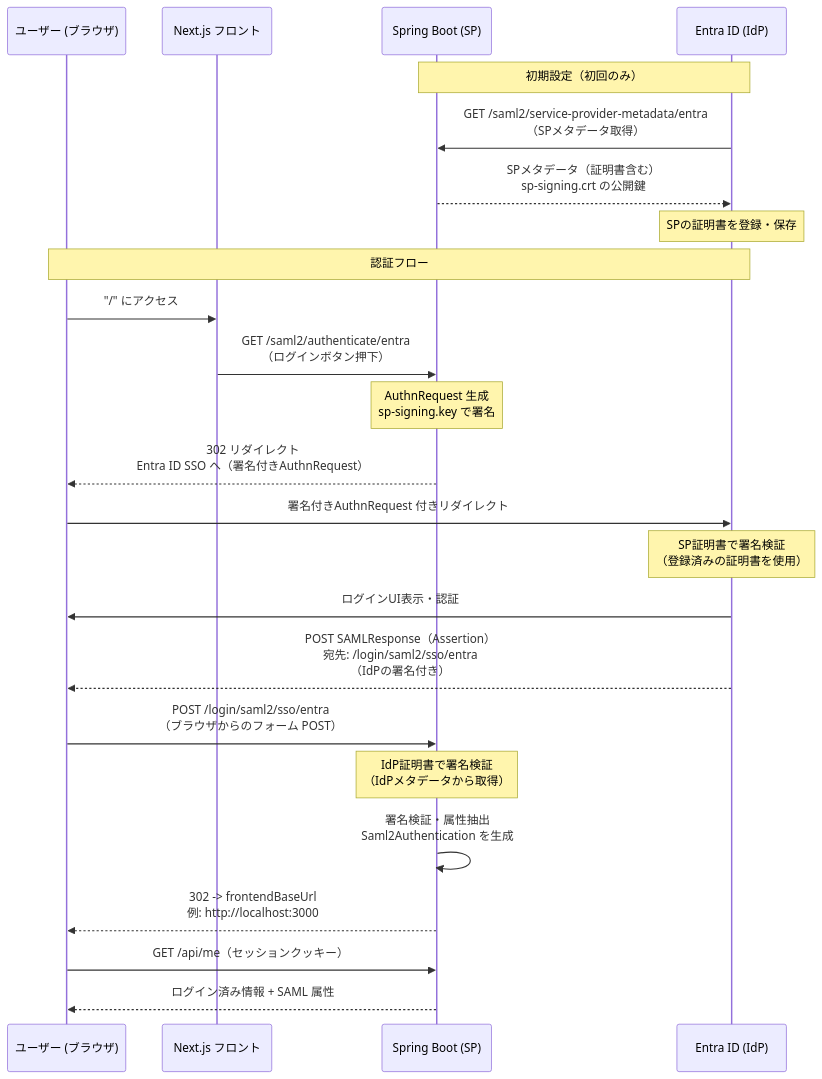
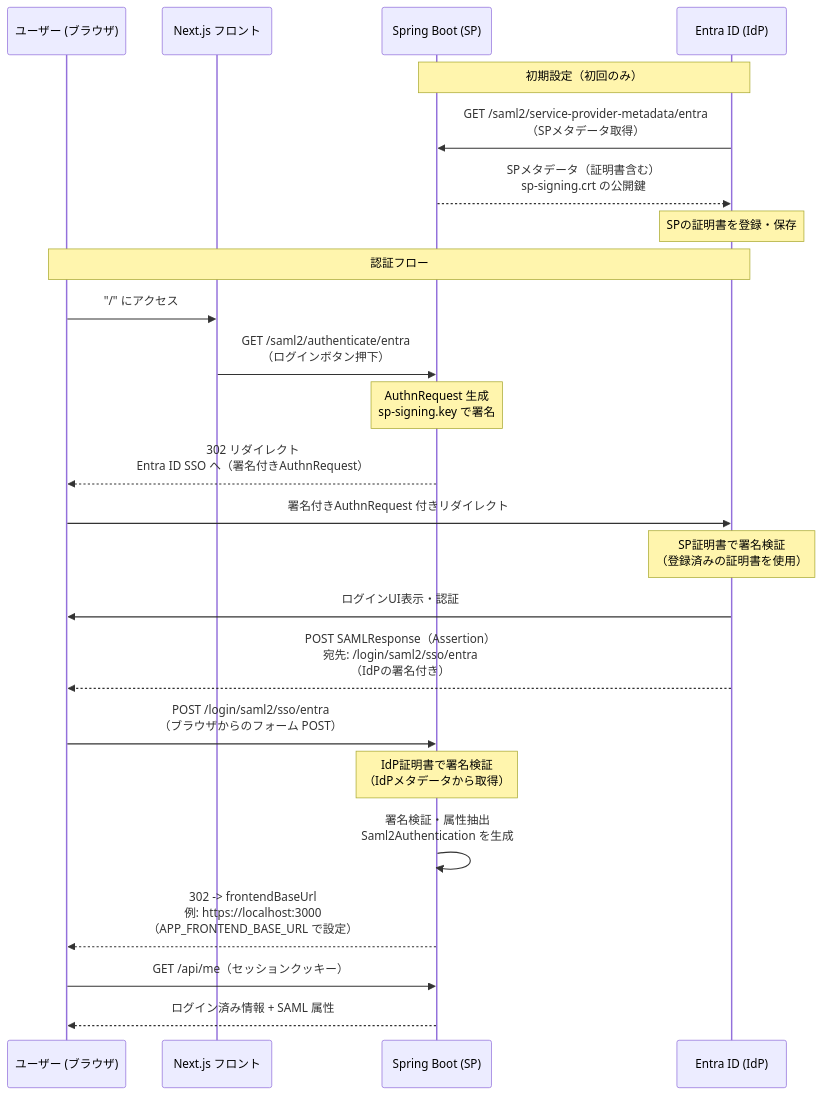
Before and after one commit to kikudai/sandbox-saml-nextjs-springboot: the diagram in docs/saml-sequence.md, drawn with Mermaid. The commit also changed other lines of this file and 3 other files, not shown here.

````diff
--- a/docs/saml-sequence.md
+++ b/docs/saml-sequence.md
@@ -5,28 +5,28 @@
 ```mermaid
 sequenceDiagram
     participant U as ユーザー (ブラウザ)
     participant FE as Next.js フロント
     participant BE as Spring Boot (SP)
     participant IDP as Entra ID (IdP)
 
     Note over BE,IDP: 初期設定（初回のみ）
     IDP->>BE: GET /saml2/service-provider-metadata/entra<br/>（SPメタデータ取得）
     BE-->>IDP: SPメタデータ（証明書含む）<br/>sp-signing.crt の公開鍵
     Note over IDP: SPの証明書を登録・保存
 
     Note over U,IDP: 認証フロー
     U->>FE: "/" にアクセス
     FE->>BE: GET /saml2/authenticate/entra<br/>（ログインボタン押下）
     Note over BE: AuthnRequest 生成<br/>sp-signing.key で署名
     BE-->>U: 302 リダイレクト<br/>Entra ID SSO へ（署名付きAuthnRequest）
     U->>IDP: 署名付きAuthnRequest 付きリダイレクト
     Note over IDP: SP証明書で署名検証<br/>（登録済みの証明書を使用）
     IDP->>U: ログインUI表示・認証
     IDP-->>U: POST SAMLResponse（Assertion）<br/>宛先: /login/saml2/sso/entra<br/>（IdPの署名付き）
     U->>BE: POST /login/saml2/sso/entra<br/>（ブラウザからのフォーム POST）
     Note over BE: IdP証明書で署名検証<br/>（IdPメタデータから取得）
     BE->>BE: 署名検証・属性抽出<br/>Saml2Authentication を生成
-    BE-->>U: 302 -> frontendBaseUrl<br/>例: http://localhost:3000
+    BE-->>U: 302 -> frontendBaseUrl<br/>例: https://localhost:3000<br/>（APP_FRONTEND_BASE_URL で設定）
     U->>BE: GET /api/me（セッションクッキー）
     BE-->>U: ログイン済み情報 + SAML 属性
 ```
````
